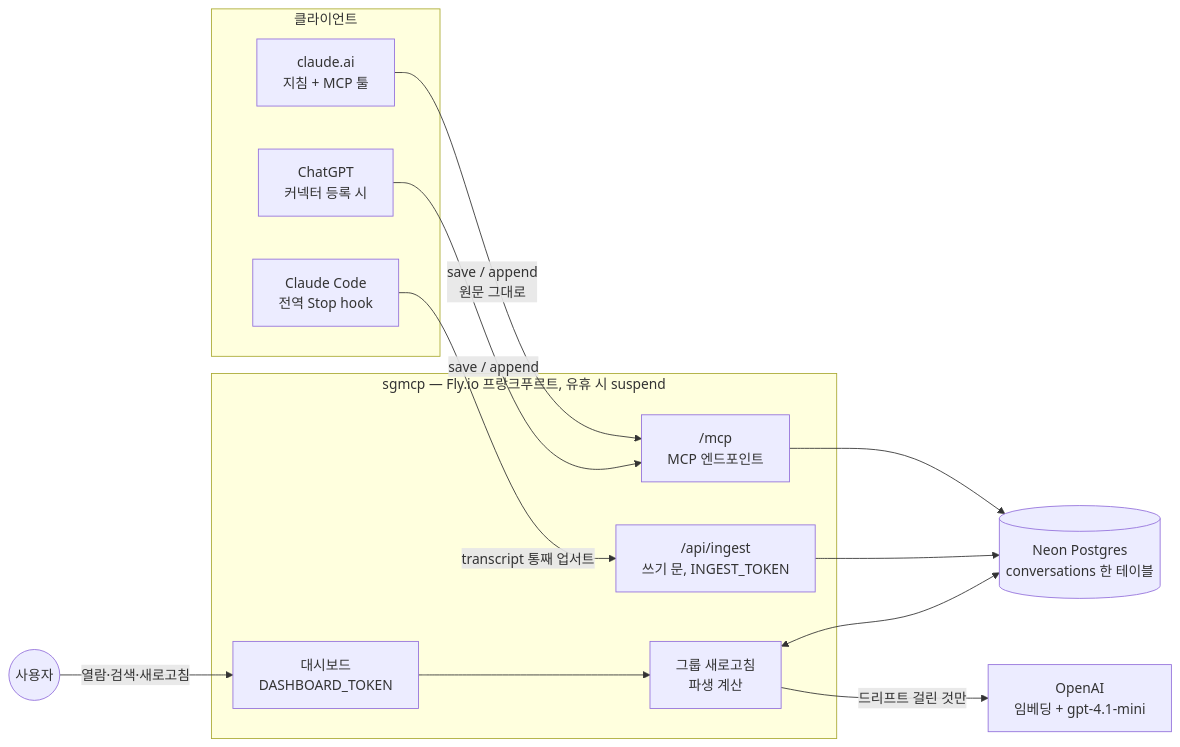
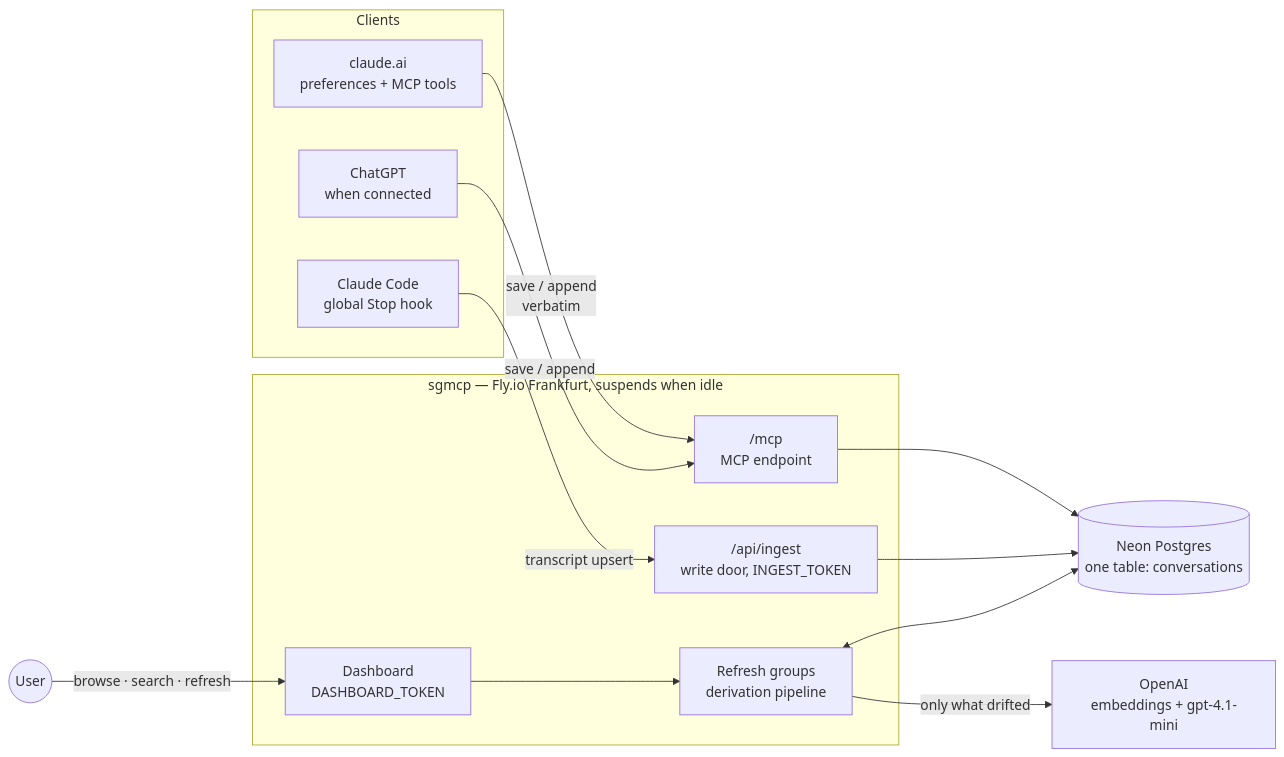
One commit to seung-gu/sgmcp changed the first of 4 diagrams in ARCHITECTURE.md. Above: the diagram before and after it, drawn with Mermaid. The commit also changed other lines of this file and 13 other files, not shown here.

````diff
--- a/ARCHITECTURE.md
+++ b/ARCHITECTURE.md
@@ -8,29 +9,29 @@
 ```mermaid
 graph LR
-    subgraph 클라이언트
-        A["claude.ai<br/>지침 + MCP 툴"]
-        C["ChatGPT<br/>커넥터 등록 시"]
-        B["Claude Code<br/>전역 Stop hook"]
+    subgraph clients [Clients]
+        A["claude.ai<br/>preferences + MCP tools"]
+        C["ChatGPT<br/>when connected"]
+        B["Claude Code<br/>global Stop hook"]
     end
 
-    subgraph sgmcp["sgmcp — Fly.io 프랑크푸르트, 유휴 시 suspend"]
-        M["/mcp<br/>MCP 엔드포인트"]
-        I["/api/ingest<br/>쓰기 문, INGEST_TOKEN"]
-        D["대시보드<br/>DASHBOARD_TOKEN"]
-        R["그룹 새로고침<br/>파생 계산"]
+    subgraph sgmcp["sgmcp — Fly.io Frankfurt, suspends when idle"]
+        M["/mcp<br/>MCP endpoint"]
+        I["/api/ingest<br/>write door, INGEST_TOKEN"]
+        D["Dashboard<br/>DASHBOARD_TOKEN"]
+        R["Refresh groups<br/>derivation pipeline"]
     end
 
-    DB[("Neon Postgres<br/>conversations 한 테이블")]
-    O["OpenAI<br/>임베딩 + gpt-4.1-mini"]
-    U((사용자))
+    DB[("Neon Postgres<br/>one table: conversations")]
+    O["OpenAI<br/>embeddings + gpt-4.1-mini"]
+    U((User))
 
-    A -- "save / append<br/>원문 그대로" --> M
+    A -- "save / append<br/>verbatim" --> M
     C -- "save / append" --> M
-    B -- "transcript 통째 업서트" --> I
+    B -- "transcript upsert" --> I
     M --> DB
     I --> DB
-    U -- "열람·검색·새로고침" --> D
+    U -- "browse · search · refresh" --> D
     D --> R
     R <--> DB
-    R -- "드리프트 걸린 것만" --> O
+    R -- "only what drifted" --> O
 ```
````
